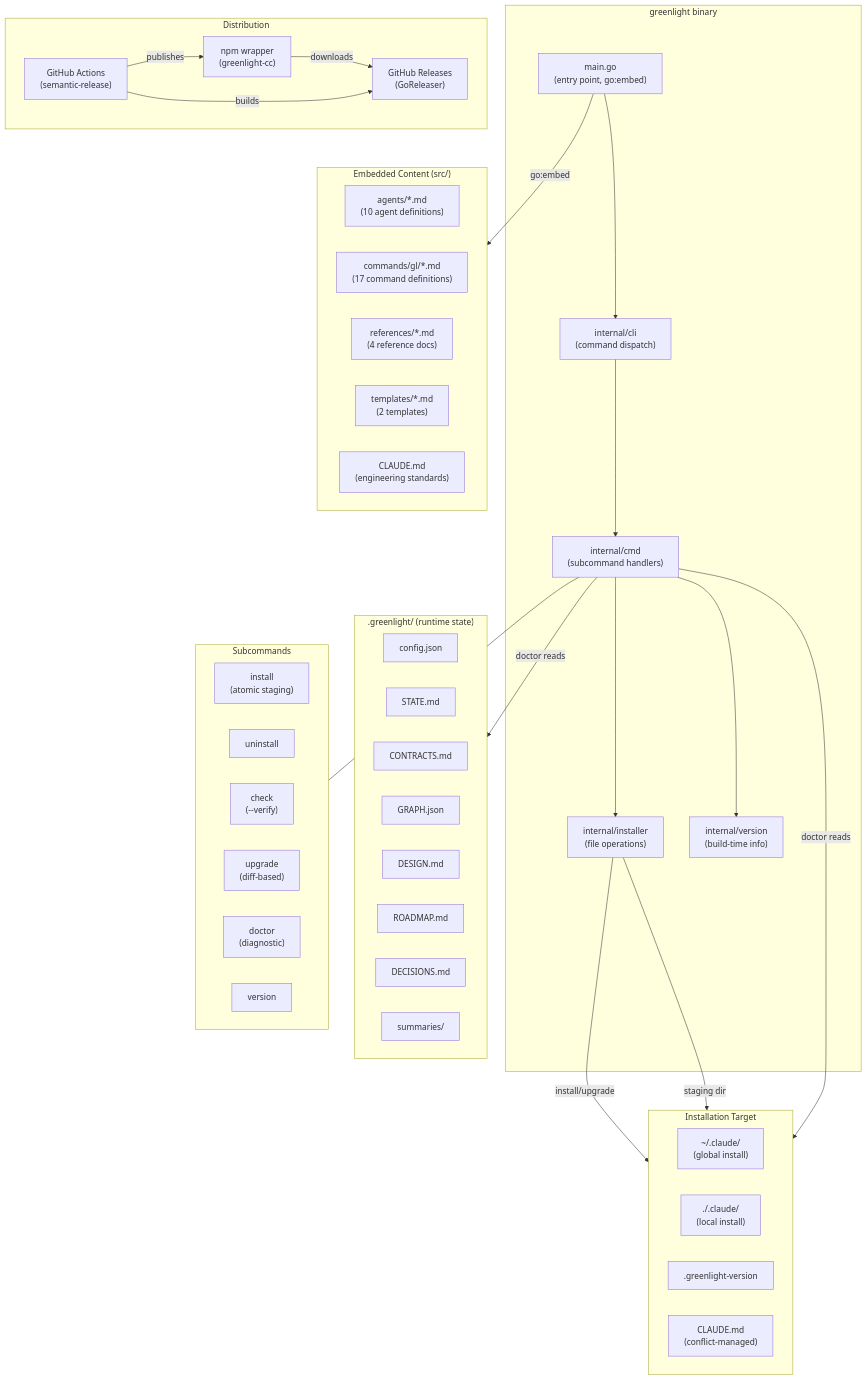
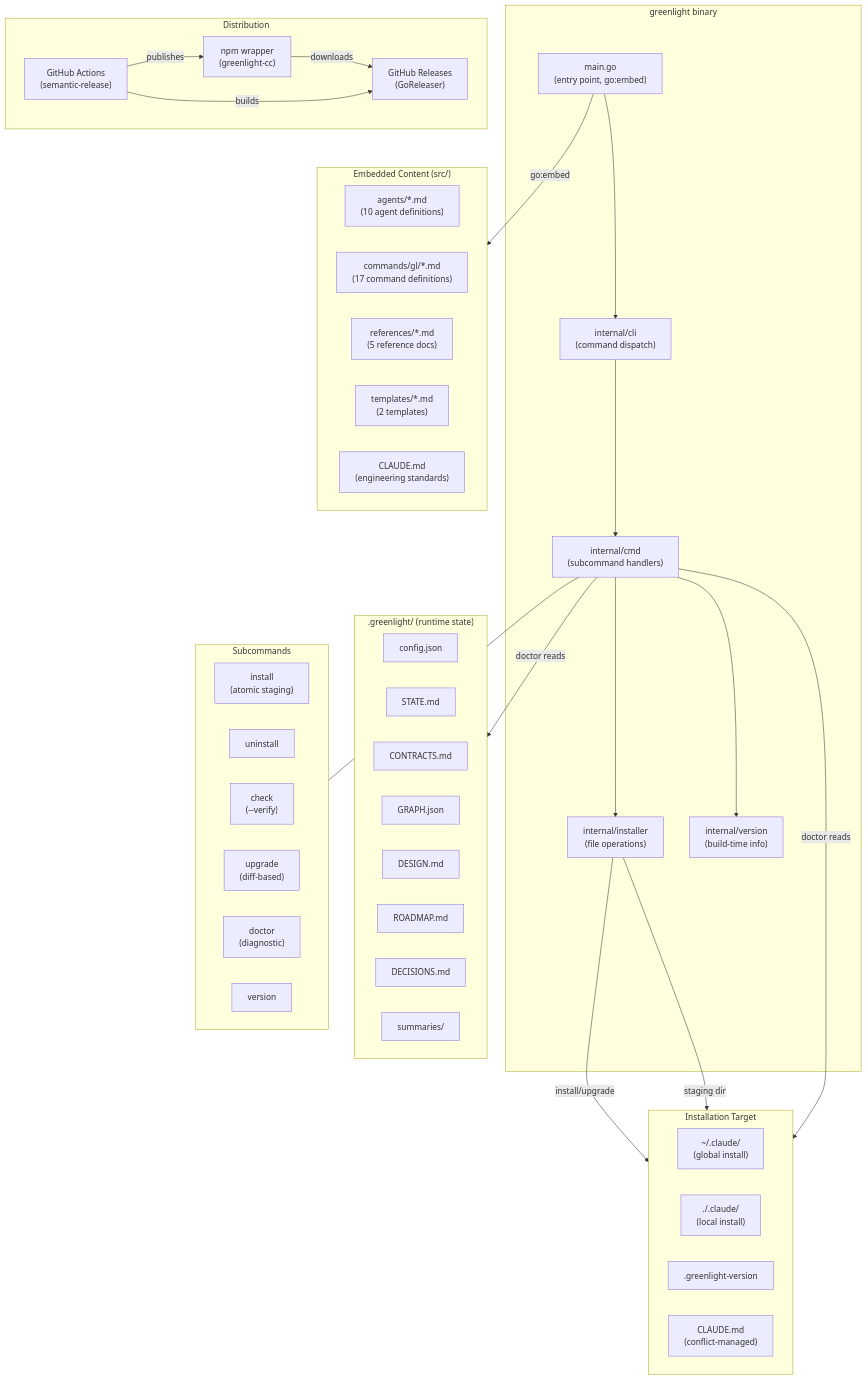
The diagram in .greenlight/ROADMAP.md (atlantic-blue/greenlight), drawn with Mermaid before and after one commit. The commit also changed other lines of this file and 2 other files, not shown here.

First line of the commit message:
feat(S-22): add verification tier schema to architect and verifier agents

````diff
--- a/.greenlight/ROADMAP.md
+++ b/.greenlight/ROADMAP.md
@@ -8,67 +8,67 @@
 ```mermaid
 graph TD
     subgraph Binary["greenlight binary"]
         Main["main.go<br/>(entry point, go:embed)"]
         CLI["internal/cli<br/>(command dispatch)"]
         CMD["internal/cmd<br/>(subcommand handlers)"]
         Installer["internal/installer<br/>(file operations)"]
         Version["internal/version<br/>(build-time info)"]
 
         Main --> CLI
         CLI --> CMD
         CMD --> Installer
         CMD --> Version
     end
 
     subgraph Embedded["Embedded Content (src/)"]
         Agents["agents/*.md<br/>(10 agent definitions)"]
         Commands["commands/gl/*.md<br/>(17 command definitions)"]
-        References["references/*.md<br/>(4 reference docs)"]
+        References["references/*.md<br/>(5 reference docs)"]
         Templates["templates/*.md<br/>(2 templates)"]
         ClaudeMD["CLAUDE.md<br/>(engineering standards)"]
     end
 
     subgraph Target["Installation Target"]
         GlobalDir["~/.claude/<br/>(global install)"]
         LocalDir["./.claude/<br/>(local install)"]
         VersionFile[".greenlight-version"]
         ClaudeTarget["CLAUDE.md<br/>(conflict-managed)"]
     end
 
     subgraph Runtime[".greenlight/ (runtime state)"]
         Config["config.json"]
         State["STATE.md"]
         Contracts["CONTRACTS.md"]
         Graph["GRAPH.json"]
         Design["DESIGN.md"]
         Roadmap["ROADMAP.md"]
         Decisions["DECISIONS.md"]
         Summaries["summaries/"]
     end
 
     subgraph Distribution["Distribution"]
         NPM["npm wrapper<br/>(greenlight-cc)"]
         GHReleases["GitHub Releases<br/>(GoReleaser)"]
         CI["GitHub Actions<br/>(semantic-release)"]
     end
 
     Main -->|"go:embed"| Embedded
     Installer -->|"install/upgrade"| Target
     Installer -->|"staging dir"| Target
     CMD -->|"doctor reads"| Target
     CMD -->|"doctor reads"| Runtime
     NPM -->|"downloads"| GHReleases
     CI -->|"builds"| GHReleases
     CI -->|"publishes"| NPM
 
     subgraph CMDDetail["Subcommands"]
         Install["install<br/>(atomic staging)"]
         Uninstall["uninstall"]
         Check["check<br/>(--verify)"]
         Upgrade["upgrade<br/>(diff-based)"]
         Doctor["doctor<br/>(diagnostic)"]
         VersionCmd["version"]
     end
 
     CMD --- CMDDetail
 ```
````
